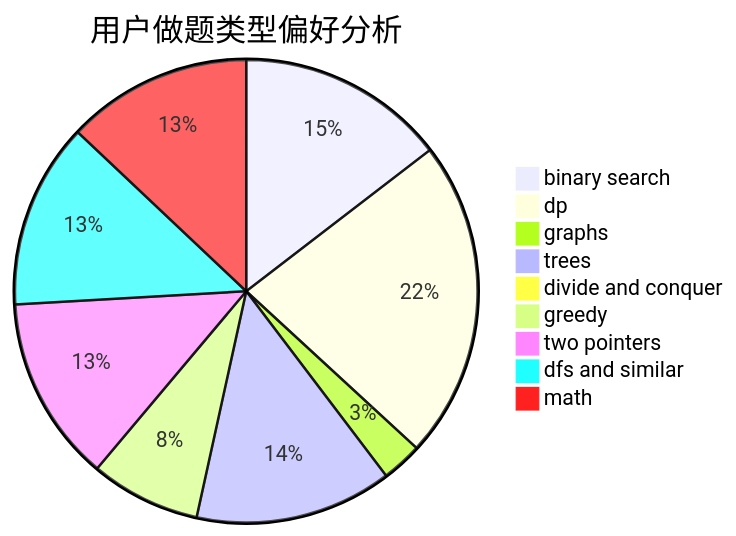
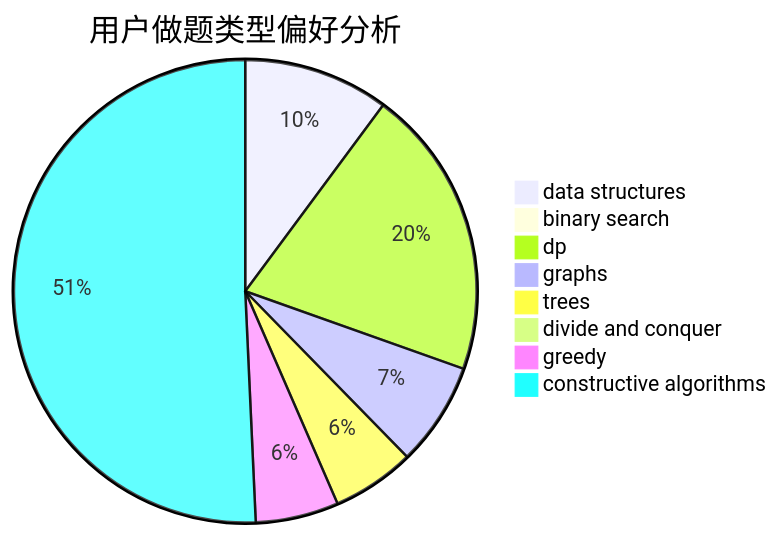
The second of 3 diagrams in docs/user/u2721.md (sherpahu/cfrs.github.io), drawn with Mermaid before and after one commit. The commit also changed other lines of this file and 2775 other files, not shown here.

````diff
--- a/docs/user/u2721.md
+++ b/docs/user/u2721.md
@@ -23,12 +23,11 @@
 ```mermaid
 pie title 用户做题类型偏好分析
-    "binary search" :  36
-    "dp" :  55
-    "graphs" :  7
-    "trees" :  34
+    "data structures" :  7
+    "binary search" :  0
+    "dp" :  14
+    "graphs" :  5
+    "trees" :  4
     "divide and conquer" :  0
-    "greedy" :  19
-    "two pointers" :  32
-    "dfs and similar" :  32
-    "math" :  32
+    "greedy" :  4
+    "constructive algorithms" :  35
 ```
````
